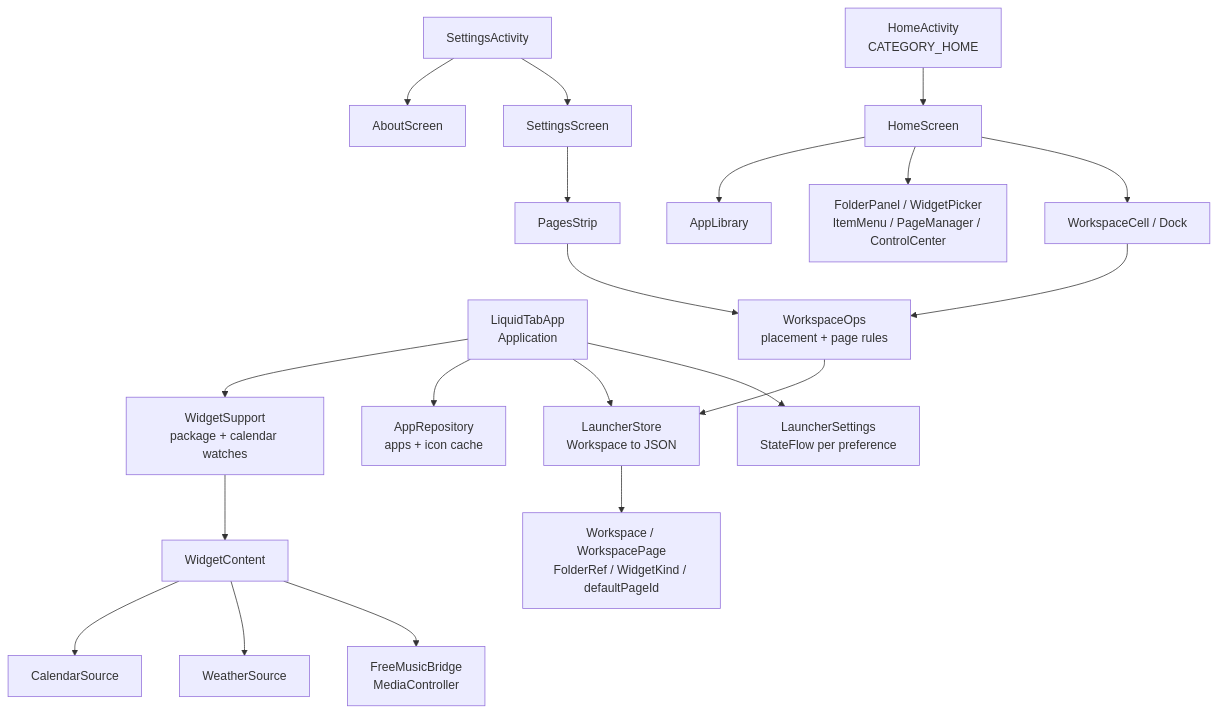
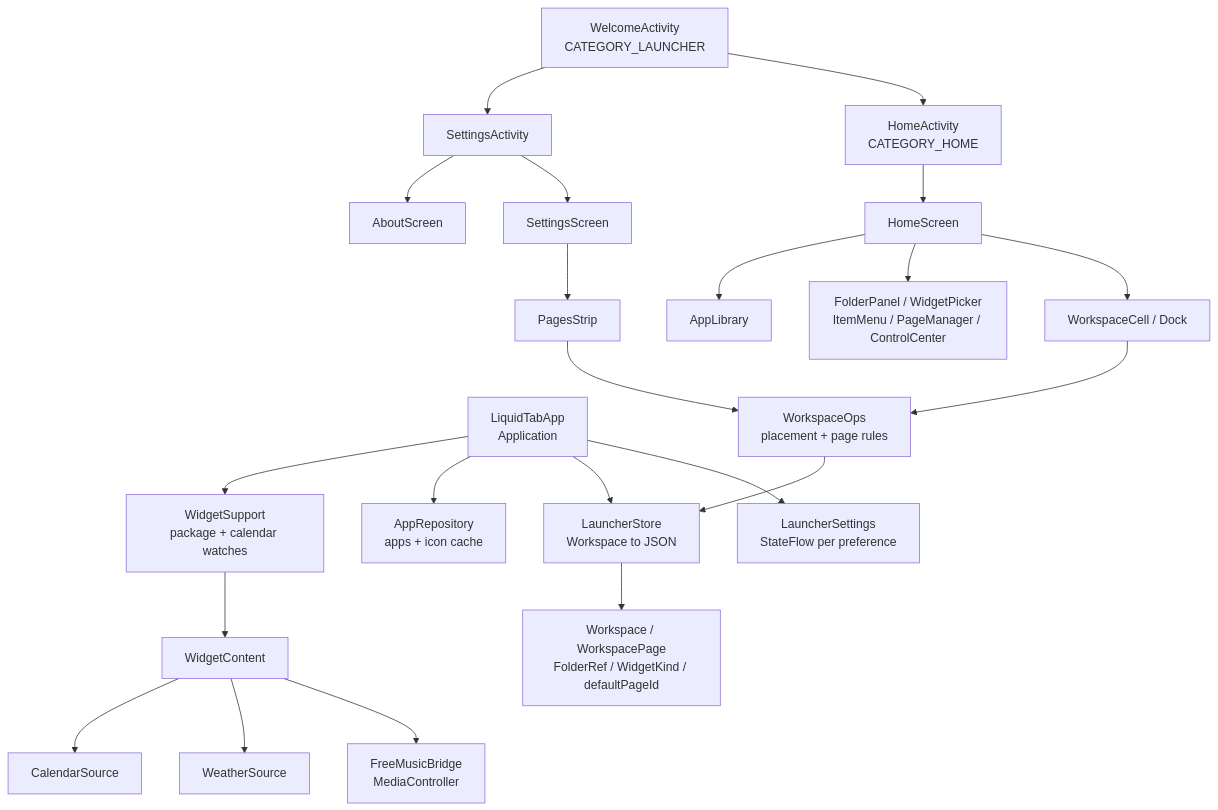
Before and after one commit to ihimanshunayak/LiquidTabLauncher: the diagram in README.md, drawn with Mermaid. The commit also changed other lines of this file, not shown here.

````diff
--- a/README.md
+++ b/README.md
@@ -11,26 +11,28 @@
 ```mermaid
 graph TD
     App["LiquidTabApp<br/>Application"] --> Settings["LauncherSettings<br/>StateFlow per preference"]
     App --> Store["LauncherStore<br/>Workspace to JSON"]
     App --> Repo["AppRepository<br/>apps + icon cache"]
     App --> Widgets["WidgetSupport<br/>package + calendar watches"]
 
     Home["HomeActivity<br/>CATEGORY_HOME"] --> HomeScreen["HomeScreen"]
+    Welcome["WelcomeActivity<br/>CATEGORY_LAUNCHER"] --> Home
+    Welcome --> SettingsActivity["SettingsActivity"]
     HomeScreen --> Cells["WorkspaceCell / Dock"]
     HomeScreen --> Panels["FolderPanel / WidgetPicker<br/>ItemMenu / PageManager / ControlCenter"]
     HomeScreen --> Library["AppLibrary"]
 
     Cells --> Ops["WorkspaceOps<br/>placement + page rules"]
     Ops --> Store
     Store --> Models["Workspace / WorkspacePage<br/>FolderRef / WidgetKind / defaultPageId"]
 
     SettingsActivity["SettingsActivity"] --> SettingsScreen["SettingsScreen"]
     SettingsActivity --> AboutScreen["AboutScreen"]
     SettingsScreen --> PagesStrip["PagesStrip"]
     PagesStrip --> Ops
 
     Widgets --> WidgetContent["WidgetContent"]
     WidgetContent --> Bridge["FreeMusicBridge<br/>MediaController"]
     WidgetContent --> Weather["WeatherSource"]
     WidgetContent --> Calendar["CalendarSource"]
 ```
````
